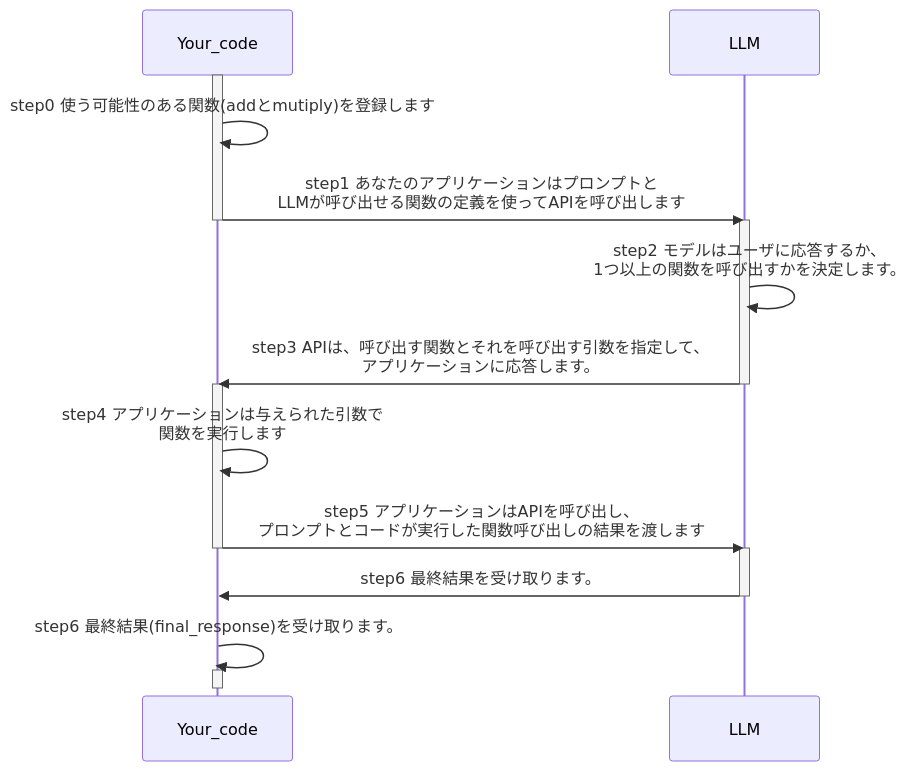
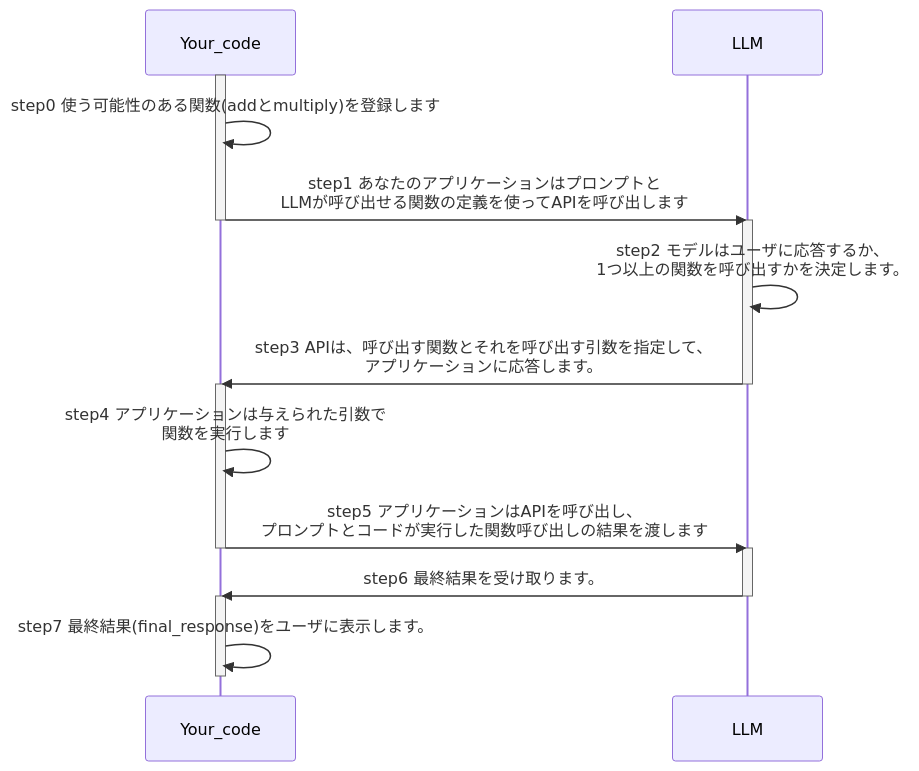
Before and after one commit to arrowkato/lecture_function_calling: the second of 2 diagrams in docs/02_function_calling_basics.md, drawn with Mermaid. The commit also changed other lines of this file, not shown here.

````diff
--- a/docs/02_function_calling_basics.md
+++ b/docs/02_function_calling_basics.md
@@ -48,25 +50,24 @@
 ```mermaid
 sequenceDiagram
     participant Your_code
     participant LLM
 
     activate Your_code
-    Your_code->>Your_code: step0 使う可能性のある関数(addとmutiply)を登録します
+    Your_code->>Your_code: step0 使う可能性のある関数(addとmultiply)を登録します
     Your_code->>LLM: step1 あなたのアプリケーションはプロンプトと<br/>LLMが呼び出せる関数の定義を使ってAPIを呼び出します
     deactivate Your_code
     activate LLM
     LLM->>LLM: step2 モデルはユーザに応答するか、<br/>1つ以上の関数を呼び出すかを決定します。
     LLM->>Your_code: step3 APIは、呼び出す関数とそれを呼び出す引数を指定して、<br/>アプリケーションに応答します。
     deactivate LLM
     activate Your_code
     Your_code->>Your_code: step4 アプリケーションは与えられた引数で<br/>関数を実行します
     Your_code->>LLM: step5 アプリケーションはAPIを呼び出し、<br/>プロンプトとコードが実行した関数呼び出しの結果を渡します
     deactivate Your_code
     activate LLM
     LLM->>Your_code: step6 最終結果を受け取ります。
     deactivate LLM
-    Your_code->>Your_code: step6 最終結果(final_response)を受け取ります。
-
     activate Your_code
+    Your_code->>Your_code: step7 最終結果(final_response)をユーザに表示します。
     deactivate Your_code
 ```
````
